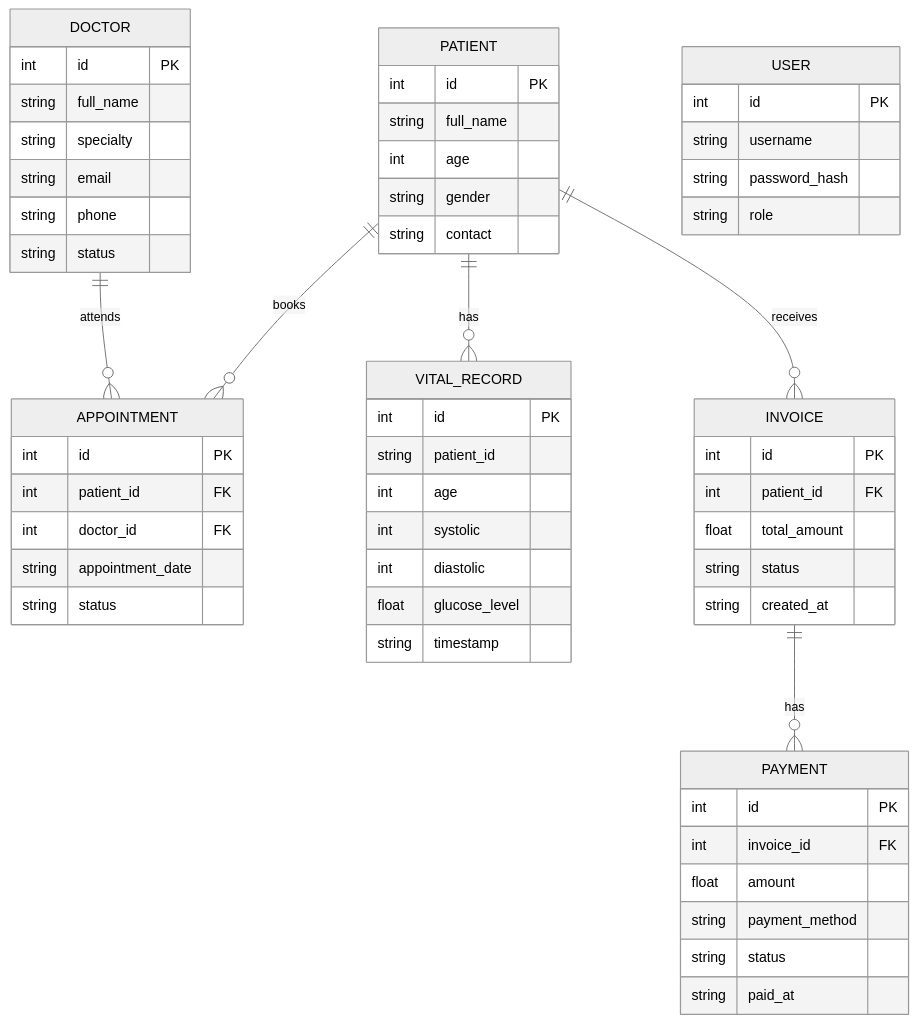
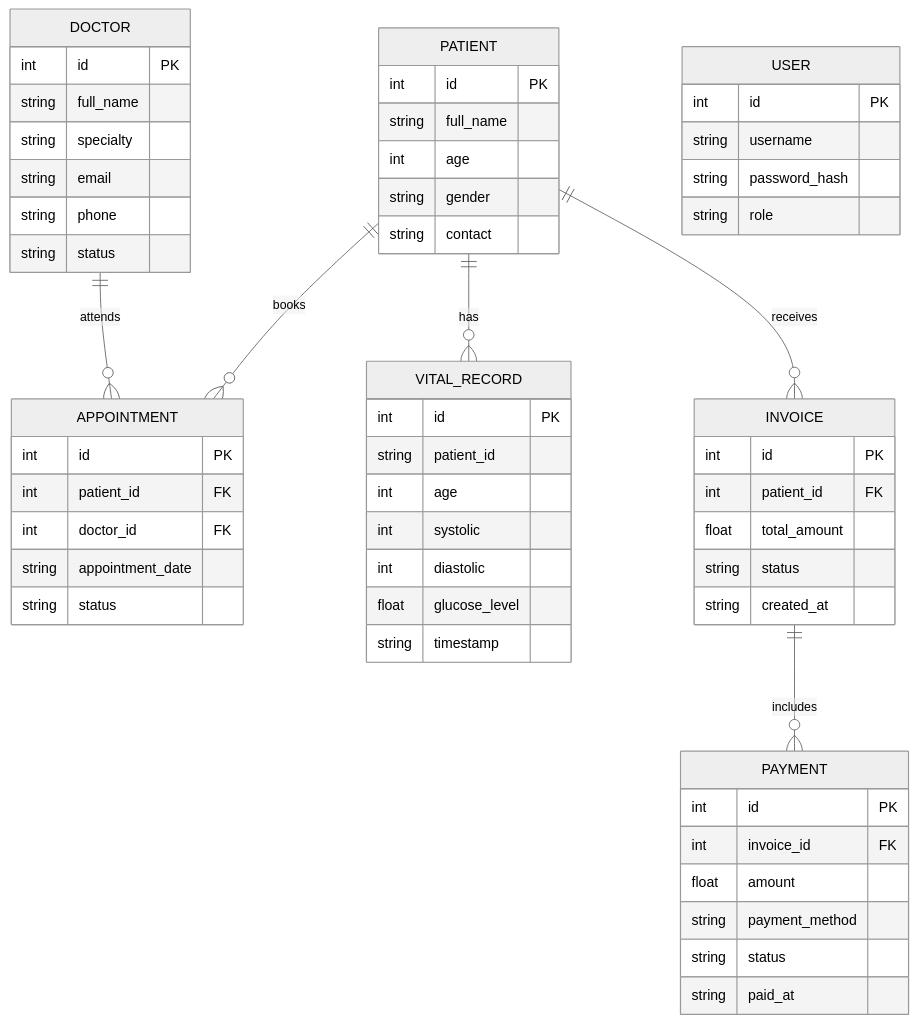
Before and after one commit to behra527/patient-management-system: the second of 2 diagrams in README.md, drawn with Mermaid (neutral theme). The commit also changed other lines of this file, not shown here.

````diff
--- a/README.md
+++ b/README.md
@@ -141,67 +211,67 @@
 ```mermaid
 erDiagram
     PATIENT ||--o{ APPOINTMENT : books
     DOCTOR ||--o{ APPOINTMENT : attends
     PATIENT ||--o{ VITAL_RECORD : has
     PATIENT ||--o{ INVOICE : receives
-    INVOICE ||--o{ PAYMENT : has
+    INVOICE ||--o{ PAYMENT : includes
 
     PATIENT {
         int id PK
         string full_name
         int age
         string gender
         string contact
     }
 
     DOCTOR {
         int id PK
         string full_name
         string specialty
         string email
         string phone
         string status
     }
 
     APPOINTMENT {
         int id PK
         int patient_id FK
         int doctor_id FK
         string appointment_date
         string status
     }
 
     VITAL_RECORD {
         int id PK
         string patient_id
         int age
         int systolic
         int diastolic
         float glucose_level
         string timestamp
     }
 
     INVOICE {
         int id PK
         int patient_id FK
         float total_amount
         string status
         string created_at
     }
 
     PAYMENT {
         int id PK
         int invoice_id FK
         float amount
         string payment_method
         string status
         string paid_at
     }
 
     USER {
         int id PK
         string username
         string password_hash
         string role
     }
 ```
````
